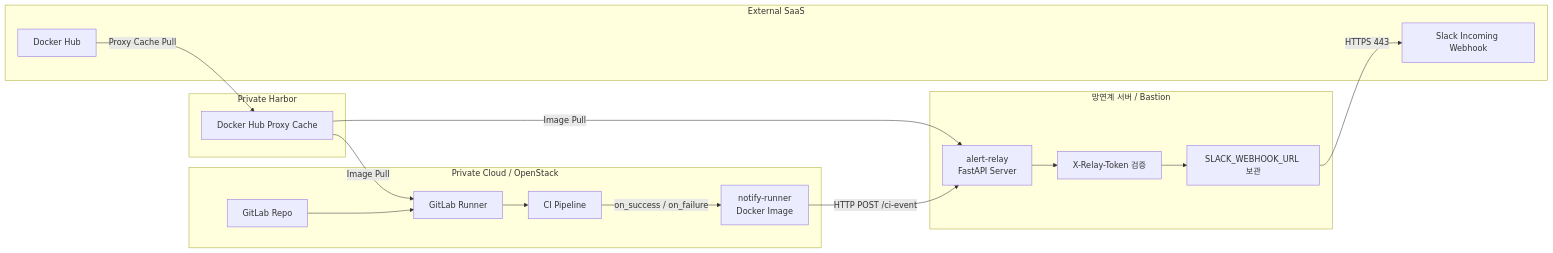
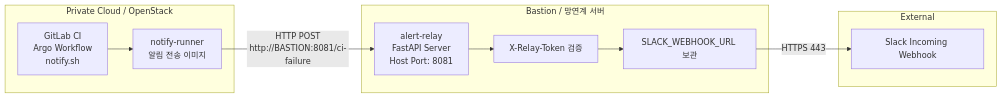
The diagram in infra-alert-images/README.md (Seungmin-Jeong2001/hybrid-ai-serving-platform-jeong), drawn with Mermaid before and after one commit. The commit also changed other lines of this file and 10 other files, not shown here.

````diff
--- a/infra-alert-images/README.md
+++ b/infra-alert-images/README.md
@@ -34,36 +36,23 @@
 ```mermaid
 flowchart LR
     subgraph Private["Private Cloud / OpenStack"]
-        GitLab["GitLab Repo"]
-        Runner["GitLab Runner"]
-        Pipeline["CI Pipeline"]
-        Notify["notify-runner<br/>Docker Image"]
+        CI["GitLab CI<br/>Argo Workflow<br/>notify.sh"]
+        Notify["notify-runner<br/>알림 전송 이미지"]
     end
 
-    subgraph Harbor["Private Harbor"]
-        Proxy["Docker Hub Proxy Cache"]
-    end
-
-    subgraph Bastion["망연계 서버 / Bastion"]
-        Relay["alert-relay<br/>FastAPI Server"]
+    subgraph Bastion["Bastion / 망연계 서버"]
+        Relay["alert-relay<br/>FastAPI Server<br/>Host Port: 8081"]
         Token["X-Relay-Token 검증"]
         SlackSecret["SLACK_WEBHOOK_URL 보관"]
     end
 
-    subgraph External["External SaaS"]
-        DockerHub["Docker Hub"]
+    subgraph External["External"]
         Slack["Slack Incoming Webhook"]
     end
 
-    GitLab --> Runner
-    Runner --> Pipeline
-    Pipeline -- "on_success / on_failure" --> Notify
-    Notify -- "HTTP POST /ci-event" --> Relay
+    CI --> Notify
+    Notify -->|"HTTP POST<br/>http://BASTION:8081/ci-failure"| Relay
     Relay --> Token
     Token --> SlackSecret
-    SlackSecret -- "HTTPS 443" --> Slack
-
-    DockerHub -- "Proxy Cache Pull" --> Proxy
-    Proxy -- "Image Pull" --> Runner
-    Proxy -- "Image Pull" --> Relay
+    SlackSecret -->|"HTTPS 443"| Slack
 ```
````
